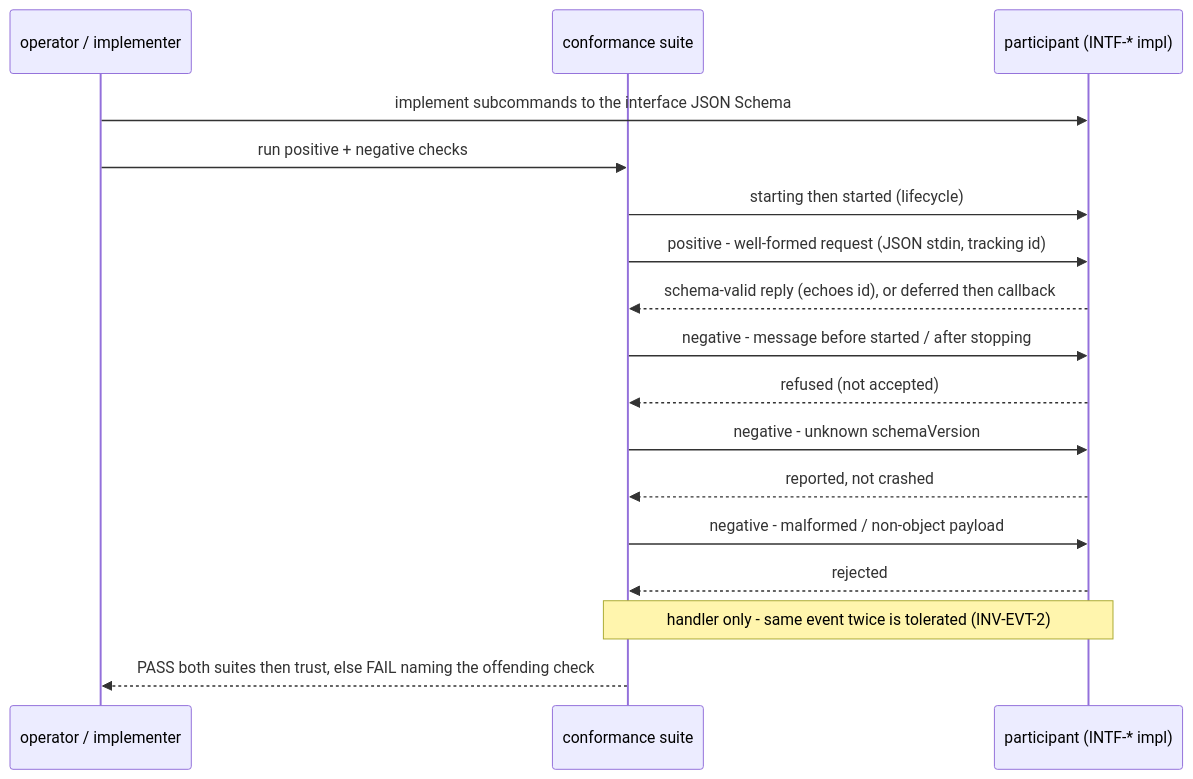
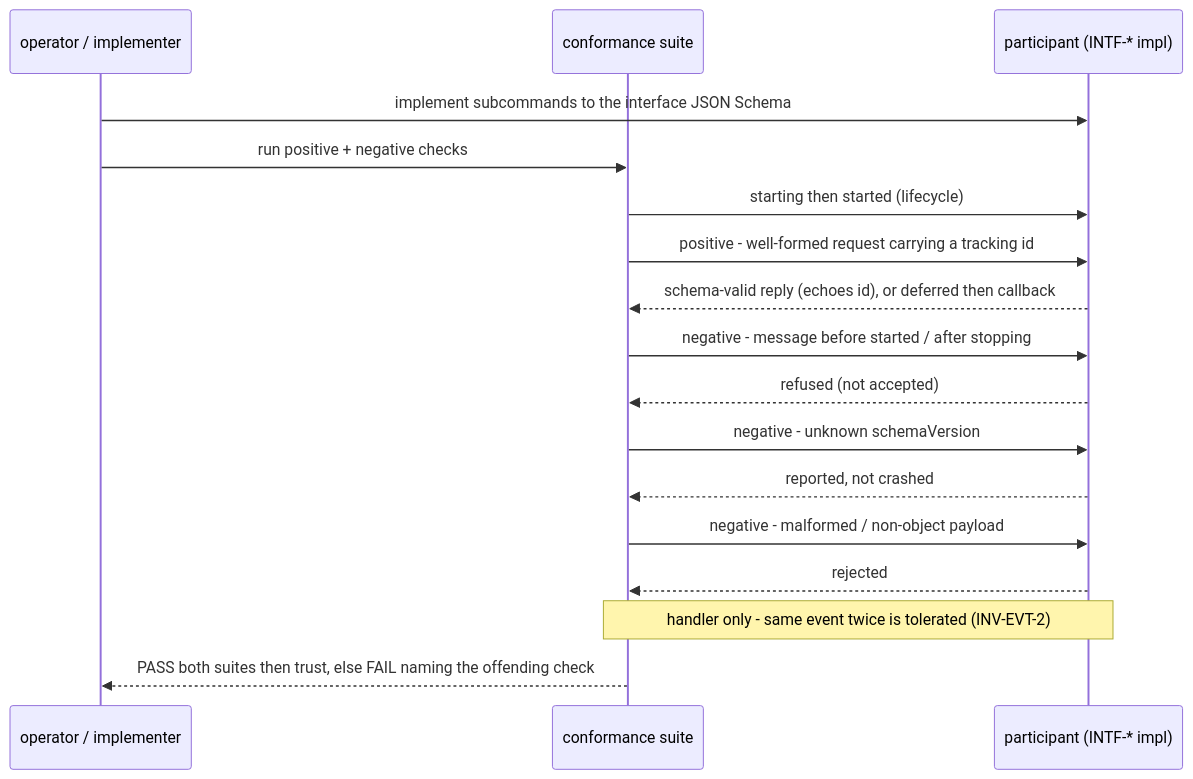
One commit to phillipgreenii/nix-agent-support changed the first of 13 diagrams in packages/pr-pool/docs/behavior/journeys.md. Above: the diagram before and after it, drawn with Mermaid. The commit also changed other lines of this file and 9 other files, not shown here.

````diff
--- a/packages/pr-pool/docs/behavior/journeys.md
+++ b/packages/pr-pool/docs/behavior/journeys.md
@@ -113,19 +114,19 @@
 ```mermaid
 sequenceDiagram
     participant OP as operator / implementer
     participant Suite as conformance suite
     participant P as participant (INTF-* impl)
     OP->>P: implement subcommands to the interface JSON Schema
     OP->>Suite: run positive + negative checks
     Suite->>P: starting then started (lifecycle)
-    Suite->>P: positive - well-formed request (JSON stdin, tracking id)
+    Suite->>P: positive - well-formed request carrying a tracking id
     P-->>Suite: schema-valid reply (echoes id), or deferred then callback
     Suite->>P: negative - message before started / after stopping
     P-->>Suite: refused (not accepted)
     Suite->>P: negative - unknown schemaVersion
     P-->>Suite: reported, not crashed
     Suite->>P: negative - malformed / non-object payload
     P-->>Suite: rejected
     Note over Suite,P: handler only - same event twice is tolerated (INV-EVT-2)
     Suite-->>OP: PASS both suites then trust, else FAIL naming the offending check
 ```
````
